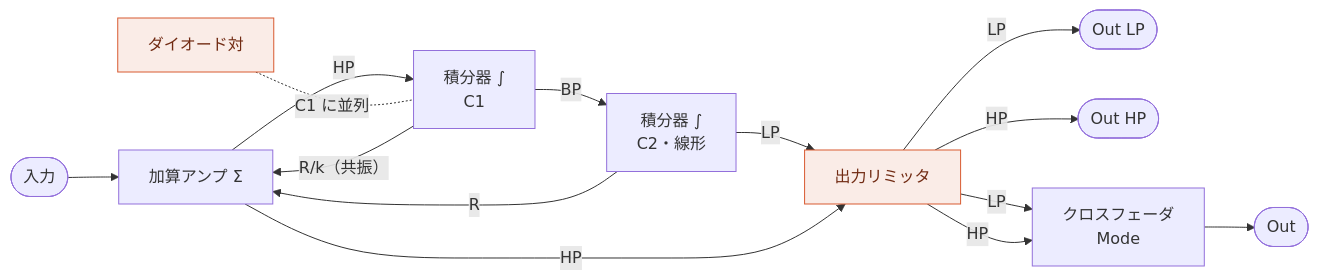
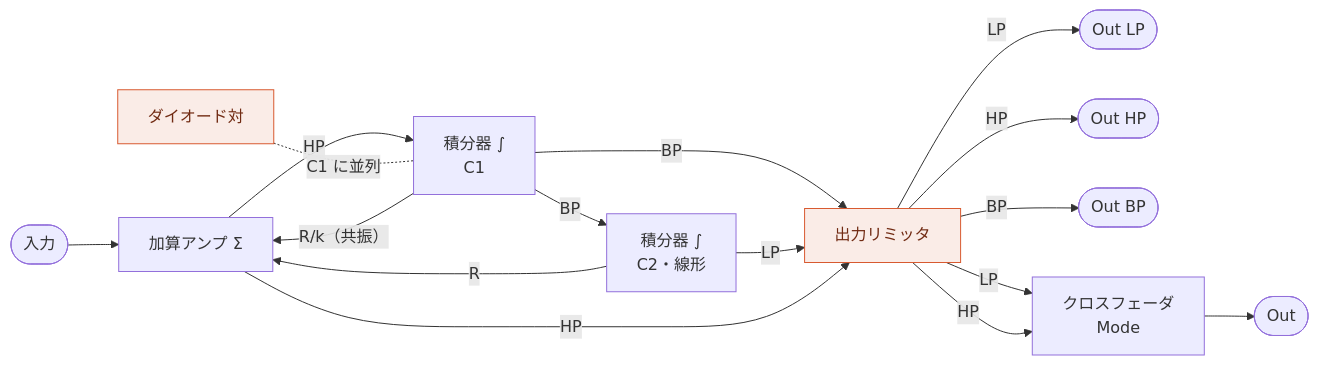
One commit to risgk/midi_synthesizer_spms1 changed the fourth of 6 diagrams in spms1_type2/README.ja.md. Above: the diagram before and after it, drawn with Mermaid. The commit also changed other lines of this file and 7 other files, not shown here.

````diff
--- a/spms1_type2/README.ja.md
+++ b/spms1_type2/README.ja.md
@@ -303,18 +310,20 @@
 ```mermaid
 flowchart LR
   IN([入力]) --> A1["加算アンプ Σ"]
   A1 -->|HP| A2["積分器 ∫<br/>C1"]
   D["ダイオード対"] -.-|C1 に並列| A2
+  A2 -->|BP| LIM
   A2 -->|BP| A3["積分器 ∫<br/>C2・線形"]
   A3 -->|LP| LIM["出力リミッタ"]
   A1 -->|HP| LIM
   LIM -->|LP| OUT_LP([Out LP])
   LIM -->|HP| OUT_HP([Out HP])
+  LIM -->|BP| OUT_BP([Out BP])
   LIM -->|LP| XF["クロスフェーダ<br/>Mode"]
   LIM -->|HP| XF
   XF --> OUT([Out])
   A2 -->|"R/k（共振）"| A1
   A3 -->|R| A1
   classDef nl fill:#FAECE7,stroke:#D85A30,color:#712B13
   class D,LIM nl
 ```
````
